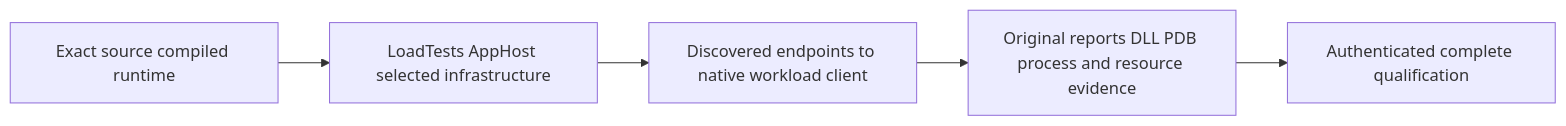
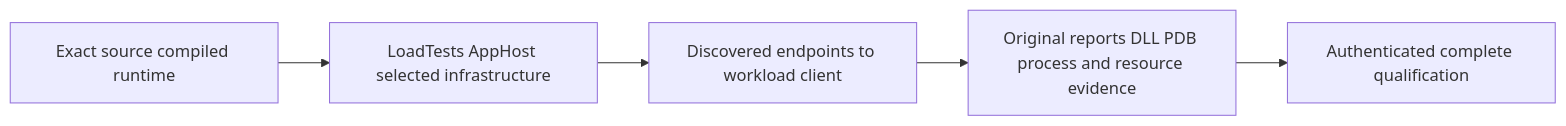
Before and after one commit to managedcode/KeyLoad: the first of 11 diagrams in docs/Features/BenchmarkComparisons.md, drawn with Mermaid. The commit also changed other lines of this file and 9016 other files, not shown here.

````diff
--- a/docs/Features/BenchmarkComparisons.md
+++ b/docs/Features/BenchmarkComparisons.md
@@ -111,7 +111,7 @@
 ```mermaid
 flowchart LR
     GitHub[Exact source compiled runtime] --> Host[LoadTests AppHost selected infrastructure]
-    Host --> Client[Discovered endpoints to native workload client]
+    Host --> Client[Discovered endpoints to workload client]
     Client --> Artifact[Original reports DLL PDB process and resource evidence]
     Artifact --> Gate[Authenticated complete qualification]
 ```
````
